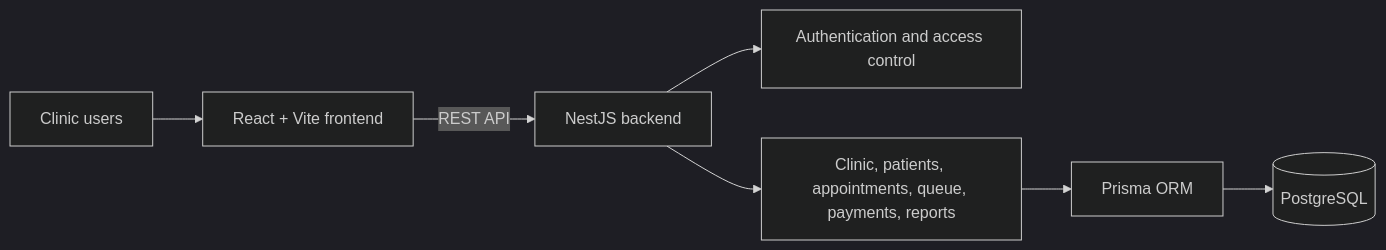
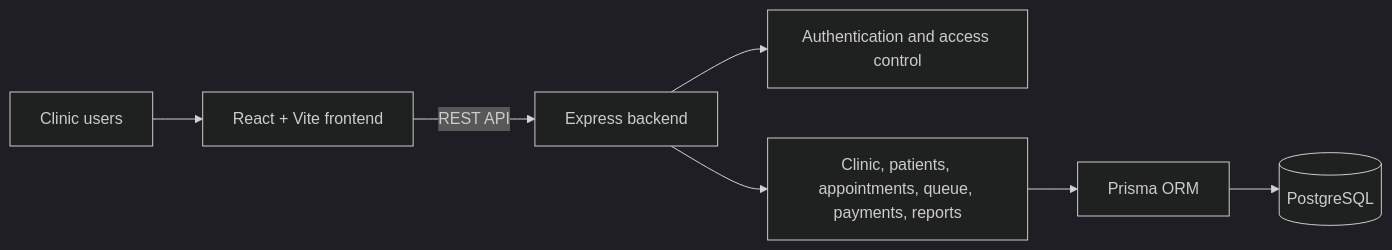
The diagram in README.md (zenebumelaku/clinicFlow), drawn with Mermaid (dark theme) before and after one commit. The commit also changed other lines of this file and 2 other files, not shown here.

````diff
--- a/README.md
+++ b/README.md
@@ -62,9 +62,9 @@
 ```mermaid
 flowchart LR
     U[Clinic users] --> FE[React + Vite frontend]
-    FE -->|REST API| API[NestJS backend]
+    FE -->|REST API| API[Express backend]
     API --> AUTH[Authentication and access control]
     API --> DOMAIN[Clinic, patients, appointments, queue, payments, reports]
     DOMAIN --> ORM[Prisma ORM]
     ORM --> DB[(PostgreSQL)]
 ```
````
